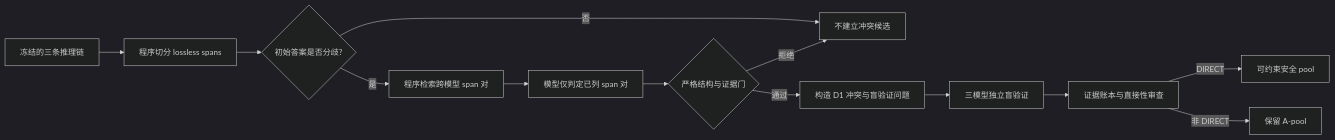
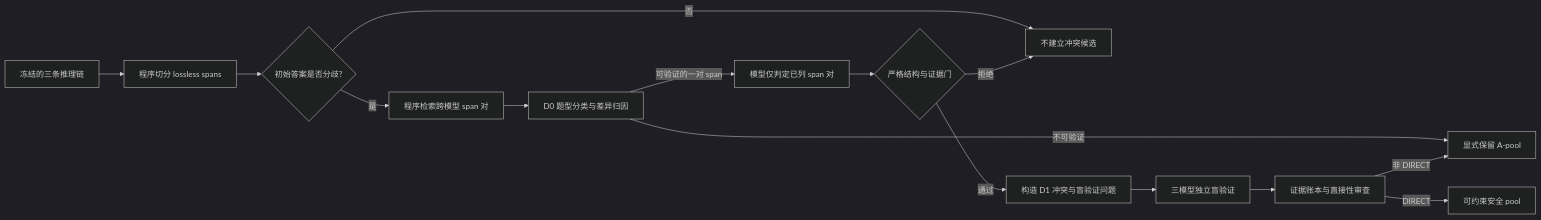
Before and after one commit to singernavyblue/MoE_improve: the diagram in server_work/SPAN_HYBRID_TECHNICAL.md, drawn with Mermaid (dark theme). The commit also changed other lines of this file and 3 other files, not shown here.

```diff
--- a/server_work/SPAN_HYBRID_TECHNICAL.md
+++ b/server_work/SPAN_HYBRID_TECHNICAL.md
@@ -15,15 +15,17 @@
 ~~~mermaid
 flowchart LR
   A[冻结的三条推理链] --> B[程序切分 lossless spans]
   B --> C{初始答案是否分歧?}
   C -- 否 --> X[不建立冲突候选]
   C -- 是 --> D[程序检索跨模型 span 对]
-  D --> E[模型仅判定已列 span 对]
-  E --> F{严格结构与证据门}
-  F -- 拒绝 --> X
-  F -- 通过 --> G[构造 D1 冲突与盲验证问题]
-  G --> H[三模型独立盲验证]
-  H --> I[证据账本与直接性审查]
-  I -- DIRECT --> J[可约束安全 pool]
-  I -- 非 DIRECT --> K[保留 A-pool]
+  D --> E[D0 题型分类与差异归因]
+  E -- 不可验证 --> K[显式保留 A-pool]
+  E -- 可验证的一对 span --> F[模型仅判定已列 span 对]
+  F --> G{严格结构与证据门}
+  G -- 拒绝 --> X
+  G -- 通过 --> H[构造 D1 冲突与盲验证问题]
+  H --> I[三模型独立盲验证]
+  I --> J[证据账本与直接性审查]
+  J -- DIRECT --> L[可约束安全 pool]
+  J -- 非 DIRECT --> K
 ~~~
```
